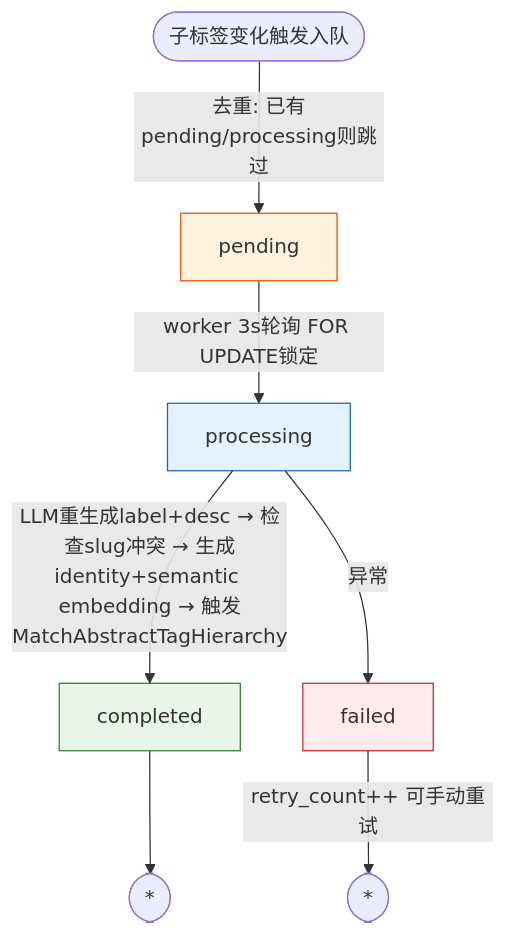
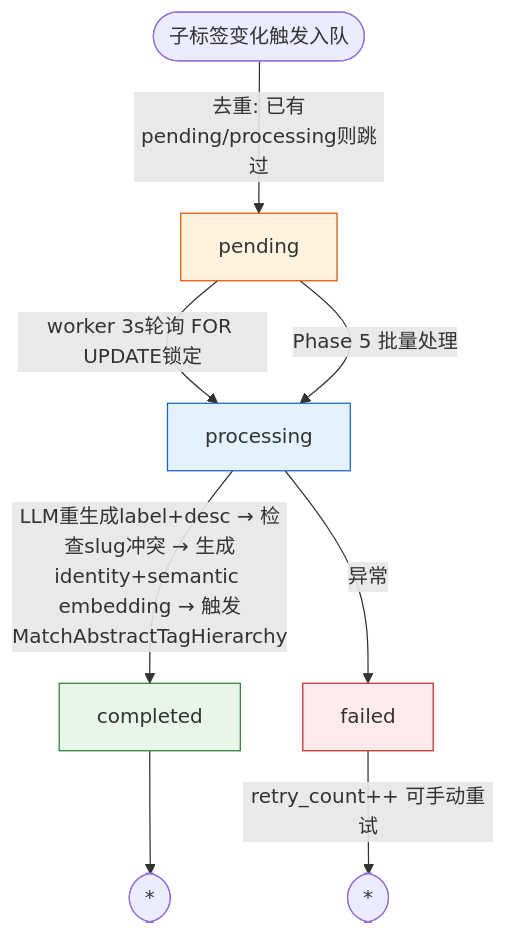
Before and after one commit to ZanebonoAlter/ZanebonoRssReader: the eighth of 10 diagrams in docs/guides/tagging-flow.md, drawn with Mermaid. The commit also changed other lines of this file and 67 other files, not shown here.

````diff
--- a/docs/guides/tagging-flow.md
+++ b/docs/guides/tagging-flow.md
@@ -214,14 +231,15 @@
 ```mermaid
 flowchart TD
     TRIGGER([子标签变化触发入队]) --> |去重: 已有pending/processing则跳过| PENDING[pending]
     PENDING --> |worker 3s轮询 FOR UPDATE锁定| PROCESSING[processing]
+    PENDING --> |Phase 5 批量处理| PROCESSING
     PROCESSING --> |LLM重生成label+desc → 检查slug冲突 → 生成identity+semantic embedding → 触发MatchAbstractTagHierarchy| COMPLETED[completed]
     PROCESSING --> |异常| FAILED[failed]
     FAILED --> |retry_count++ 可手动重试| DONE1([*])
     COMPLETED --> DONE2([*])
 
     style PENDING fill:#fff3e0,stroke:#e65100
     style PROCESSING fill:#e3f2fd,stroke:#1565c0
     style COMPLETED fill:#e8f5e9,stroke:#2e7d32
     style FAILED fill:#ffebee,stroke:#c62828
 ```
````
